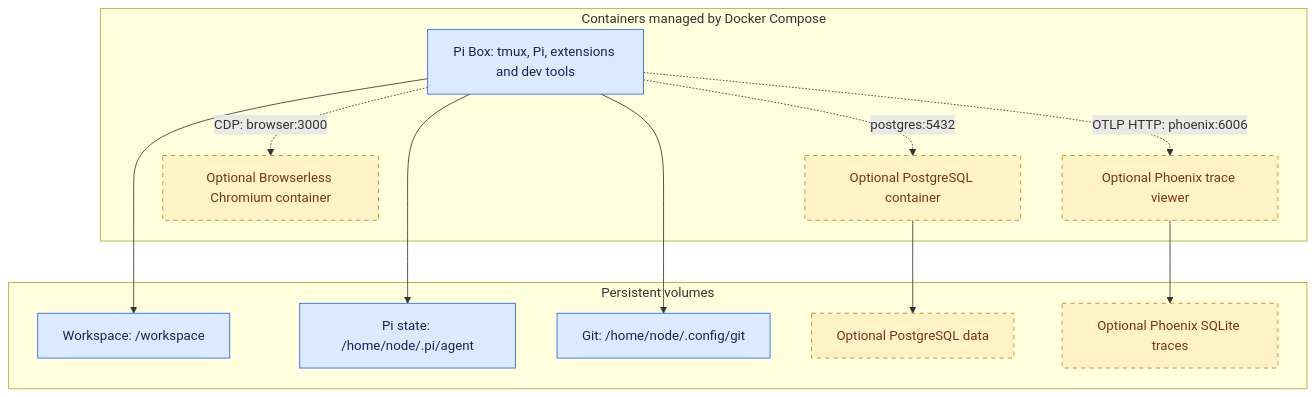
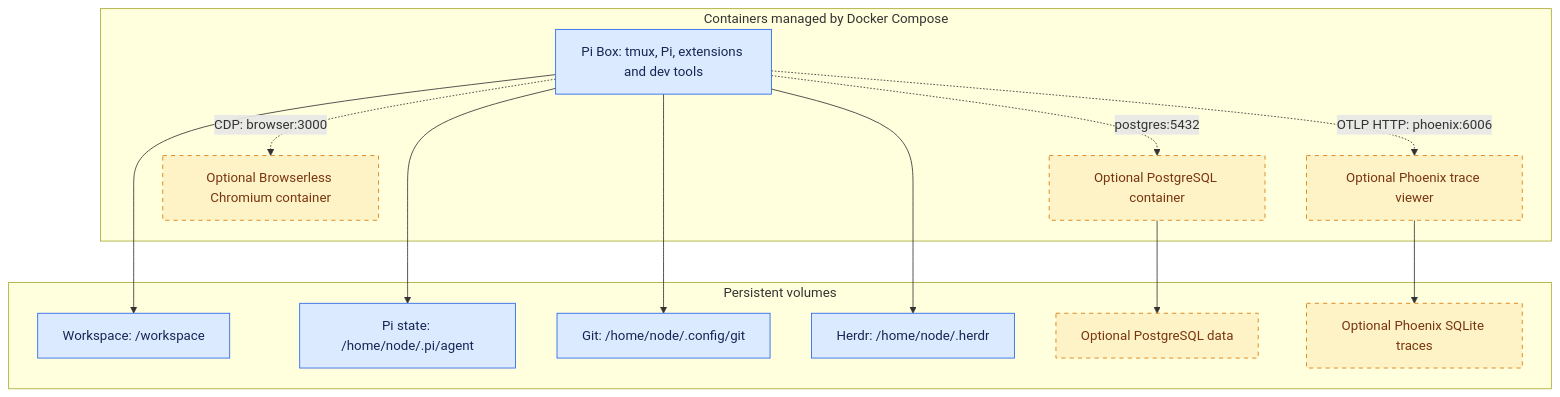
One commit to seitaro-white/pi-box changed the diagram in README.md. Above: the diagram before and after it, drawn with Mermaid. The commit also changed other lines of this file and 18 other files, not shown here.

````diff
--- a/README.md
+++ b/README.md
@@ -59,31 +59,33 @@
 ```mermaid
 flowchart TD
     subgraph compose["Containers managed by Docker Compose"]
         pi["Pi Box: tmux, Pi, extensions and dev tools"]
         db["Optional PostgreSQL container"]
         browser["Optional Browserless Chromium container"]
         phoenix["Optional Phoenix trace viewer"]
         pi -. "postgres:5432" .-> db
         pi -. "CDP: browser:3000" .-> browser
         pi -. "OTLP HTTP: phoenix:6006" .-> phoenix
     end
 
     subgraph volumes["Persistent volumes"]
         workspace["Workspace: /workspace"]
         agent["Pi state: /home/node/.pi/agent"]
         git["Git: /home/node/.config/git"]
+        herdr["Herdr: /home/node/.herdr"]
         data["Optional PostgreSQL data"]
         traces["Optional Phoenix SQLite traces"]
     end
 
     pi --> workspace
     pi --> agent
     pi --> git
+    pi --> herdr
     db --> data
     phoenix --> traces
 
     classDef core fill:#dbeafe,stroke:#2563eb,color:#172554
     classDef optional fill:#fef3c7,stroke:#d97706,color:#78350f,stroke-dasharray:5 5
-    class pi,workspace,agent,git core
+    class pi,workspace,agent,git,herdr core
     class db,data,browser,phoenix,traces optional
 ```
````
